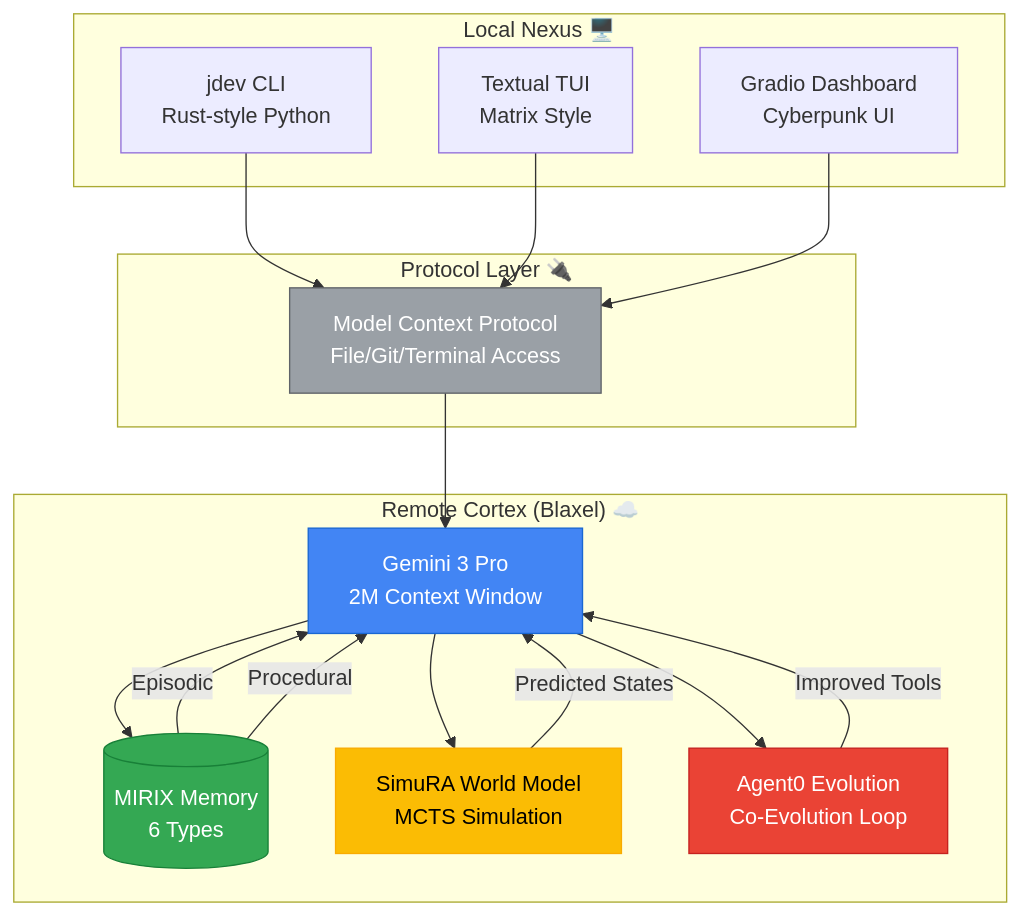
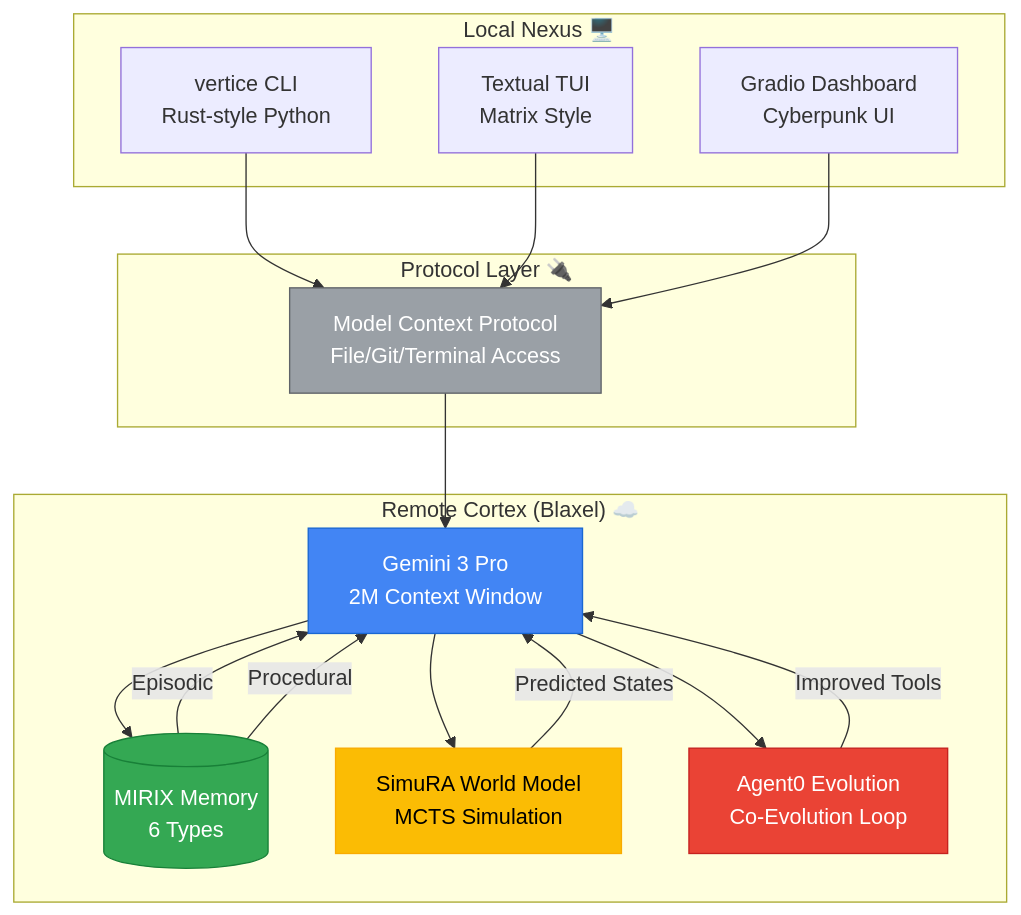
The first of 6 diagrams in docs/ARCHITECTURE_DIAGRAMS.md (JuanCS-Dev/vertice-code), drawn with Mermaid before and after one commit. The commit also changed 1367 other files, not shown here.

First line of the commit message:
feat(architecture): restructure to 6-agent agency pattern

````diff
--- a/docs/ARCHITECTURE_DIAGRAMS.md
+++ b/docs/ARCHITECTURE_DIAGRAMS.md
@@ -5,38 +5,38 @@
 ```mermaid
 graph TB
     subgraph "Local Nexus 🖥️"
-        CLI[jdev CLI<br/>Rust-style Python]
+        CLI[vertice CLI<br/>Rust-style Python]
         TUI[Textual TUI<br/>Matrix Style]
         Gradio[Gradio Dashboard<br/>Cyberpunk UI]
     end
     
     subgraph "Protocol Layer 🔌"
         MCP[Model Context Protocol<br/>File/Git/Terminal Access]
     end
     
     subgraph "Remote Cortex (Blaxel) ☁️"
         Gemini[Gemini 3 Pro<br/>2M Context Window]
         MIRIX[(MIRIX Memory<br/>6 Types)]
         SimuRA[SimuRA World Model<br/>MCTS Simulation]
         Agent0[Agent0 Evolution<br/>Co-Evolution Loop]
     end
     
     CLI --> MCP
     TUI --> MCP
     Gradio --> MCP
     MCP --> Gemini
     Gemini --> MIRIX
     Gemini --> SimuRA
     Gemini --> Agent0
     
     MIRIX -->|Episodic| Gemini
     MIRIX -->|Procedural| Gemini
     SimuRA -->|Predicted States| Gemini
     Agent0 -->|Improved Tools| Gemini
     
     style Gemini fill:#4285F4,stroke:#1967D2,color:#fff
     style MIRIX fill:#34A853,stroke:#188038,color:#fff
     style SimuRA fill:#FBBC04,stroke:#F9AB00,color:#000
     style Agent0 fill:#EA4335,stroke:#C5221F,color:#fff
     style MCP fill:#9AA0A6,stroke:#5F6368,color:#fff
 ```
````
